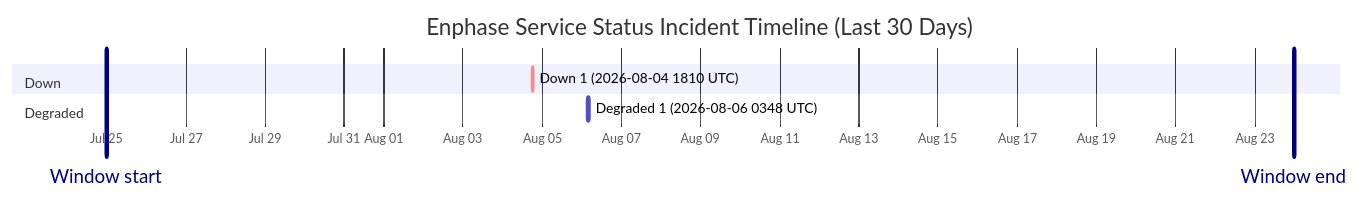
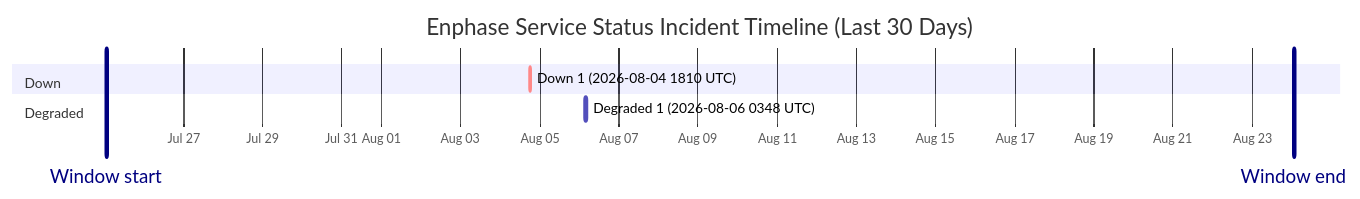
Before and after one commit to barneyonline/ha-enphase-energy: the diagram in wiki/Service-Status-History.md, drawn with Mermaid. The commit also changed other lines of this file and 3 other files, not shown here.

````diff
--- a/wiki/Service-Status-History.md
+++ b/wiki/Service-Status-History.md
@@ -14,12 +14,12 @@
 ```mermaid
 gantt
     title Enphase Service Status Incident Timeline (Last 30 Days)
     dateFormat  YYYY-MM-DDTHH:mm:ss
     axisFormat  %b %d
-    Window start :vert, window-start, 2026-07-24T23:44:44, 0ms
-    Window end :vert, window-end, 2026-08-23T23:44:44, 0ms
+    Window start :vert, window-start, 2026-07-25T01:10:42, 0ms
+    Window end :vert, window-end, 2026-08-24T01:10:42, 0ms
     section Down
     Down 1 (2026-08-04 1810 UTC) :crit, down-1, 2026-08-04T18:10:46, 60m
     section Degraded
     Degraded 1 (2026-08-06 0348 UTC) :active, degraded-1, 2026-08-06T03:48:14, 60m
 ```
````
